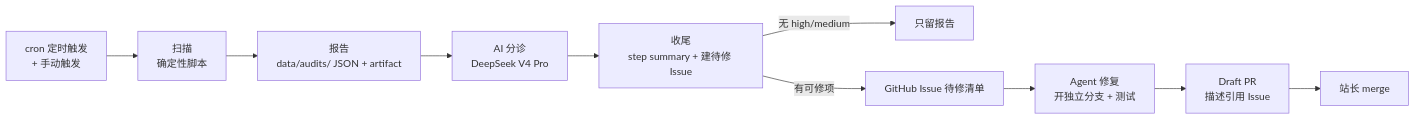
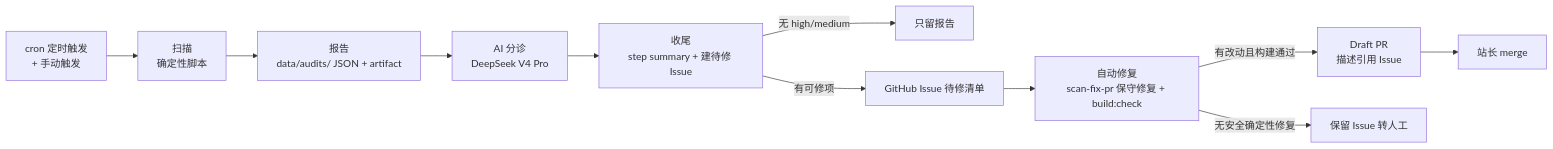
One commit to TUARAN/tuaran-home-page changed the diagram in docs/site-autopilot.md. Above: the diagram before and after it, drawn with Mermaid. The commit also changed other lines of this file and 5 other files, not shown here.

Commit message:
feat: auto-fix and Draft PR stage completing scan-issue-PR loop

````diff
--- a/docs/site-autopilot.md
+++ b/docs/site-autopilot.md
@@ -17,12 +17,13 @@
 ```mermaid
 flowchart LR
   T[cron 定时触发<br/>+ 手动触发] --> S[扫描<br/>确定性脚本]
   S --> R[报告<br/>data/audits/ JSON + artifact]
   R --> A[AI 分诊<br/>DeepSeek V4 Pro]
   A --> H[收尾<br/>step summary + 建待修 Issue]
   H -->|无 high/medium| N[只留报告]
   H -->|有可修项| I[GitHub Issue 待修清单]
-  I --> F[Agent 修复<br/>开独立分支 + 测试]
-  F --> P[Draft PR<br/>描述引用 Issue]
+  I --> F[自动修复<br/>scan-fix-pr 保守修复 + build:check]
+  F -->|有改动且构建通过| P[Draft PR<br/>描述引用 Issue]
+  F -->|无安全确定性修复| N2[保留 Issue 转人工]
   P --> M[站长 merge]
 ```
````
